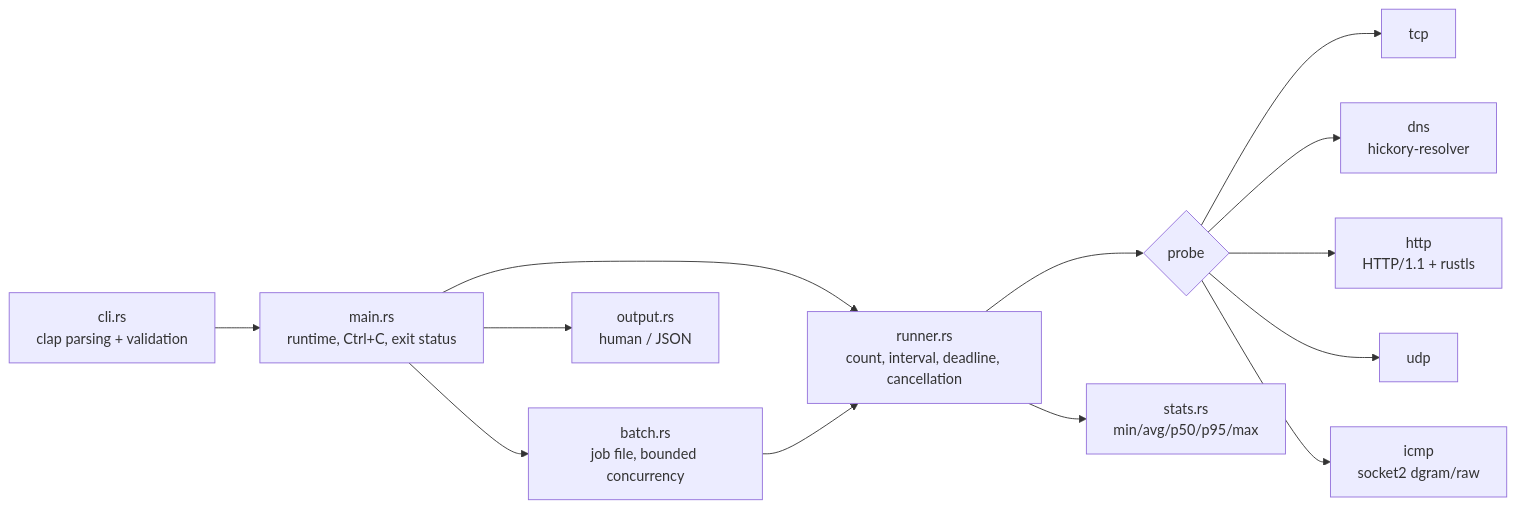
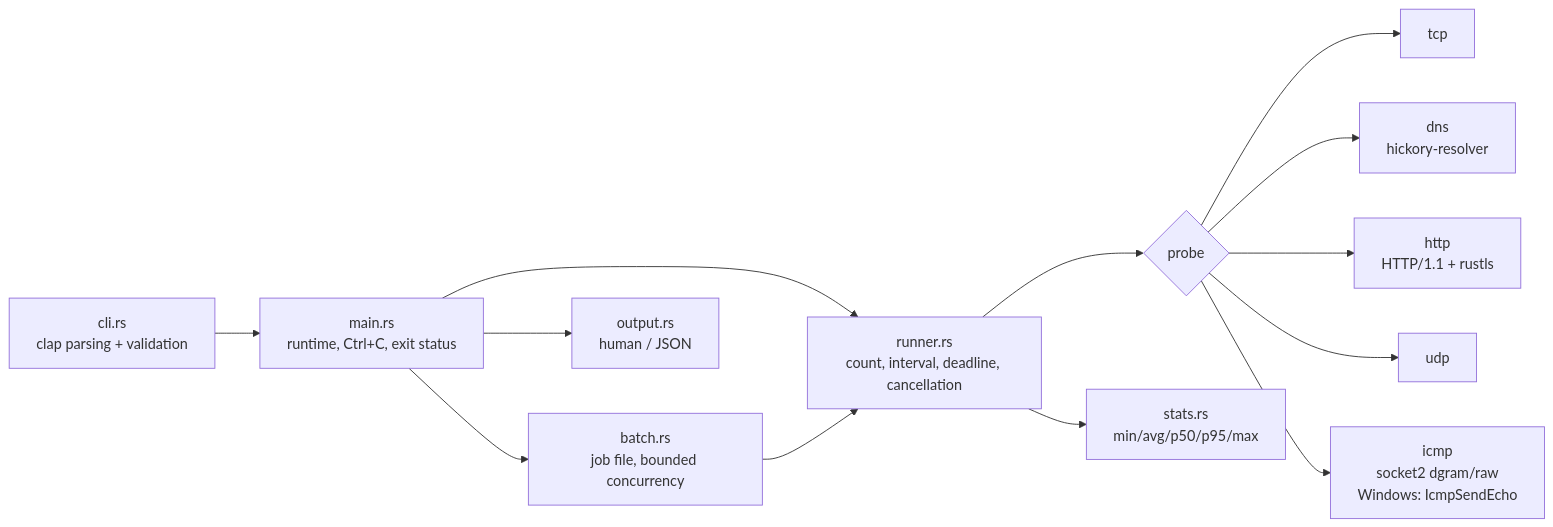
One commit to mr-aybee/rust-netutils changed the diagram in docs/architecture/overview.md. Above: the diagram before and after it, drawn with Mermaid. The commit also changed other lines of this file and 9 other files, not shown here.

First line of the commit message:
feat(netprobe): unprivileged ICMP on Windows via IP Helper API

````diff
--- a/docs/architecture/overview.md
+++ b/docs/architecture/overview.md
@@ -18,15 +18,15 @@
 ```mermaid
 flowchart LR
     CLI[cli.rs<br/>clap parsing + validation] --> MAIN[main.rs<br/>runtime, Ctrl+C, exit status]
     MAIN --> RUN[runner.rs<br/>count, interval, deadline, cancellation]
     MAIN --> BATCH[batch.rs<br/>job file, bounded concurrency]
     BATCH --> RUN
     RUN --> P{probe}
     P --> TCP[tcp]
     P --> DNS[dns<br/>hickory-resolver]
     P --> HTTP[http<br/>HTTP/1.1 + rustls]
     P --> UDP[udp]
-    P --> ICMP[icmp<br/>socket2 dgram/raw]
+    P --> ICMP[icmp<br/>socket2 dgram/raw<br/>Windows: IcmpSendEcho]
     RUN --> STATS[stats.rs<br/>min/avg/p50/p95/max]
     MAIN --> OUT[output.rs<br/>human / JSON]
 ```
````
